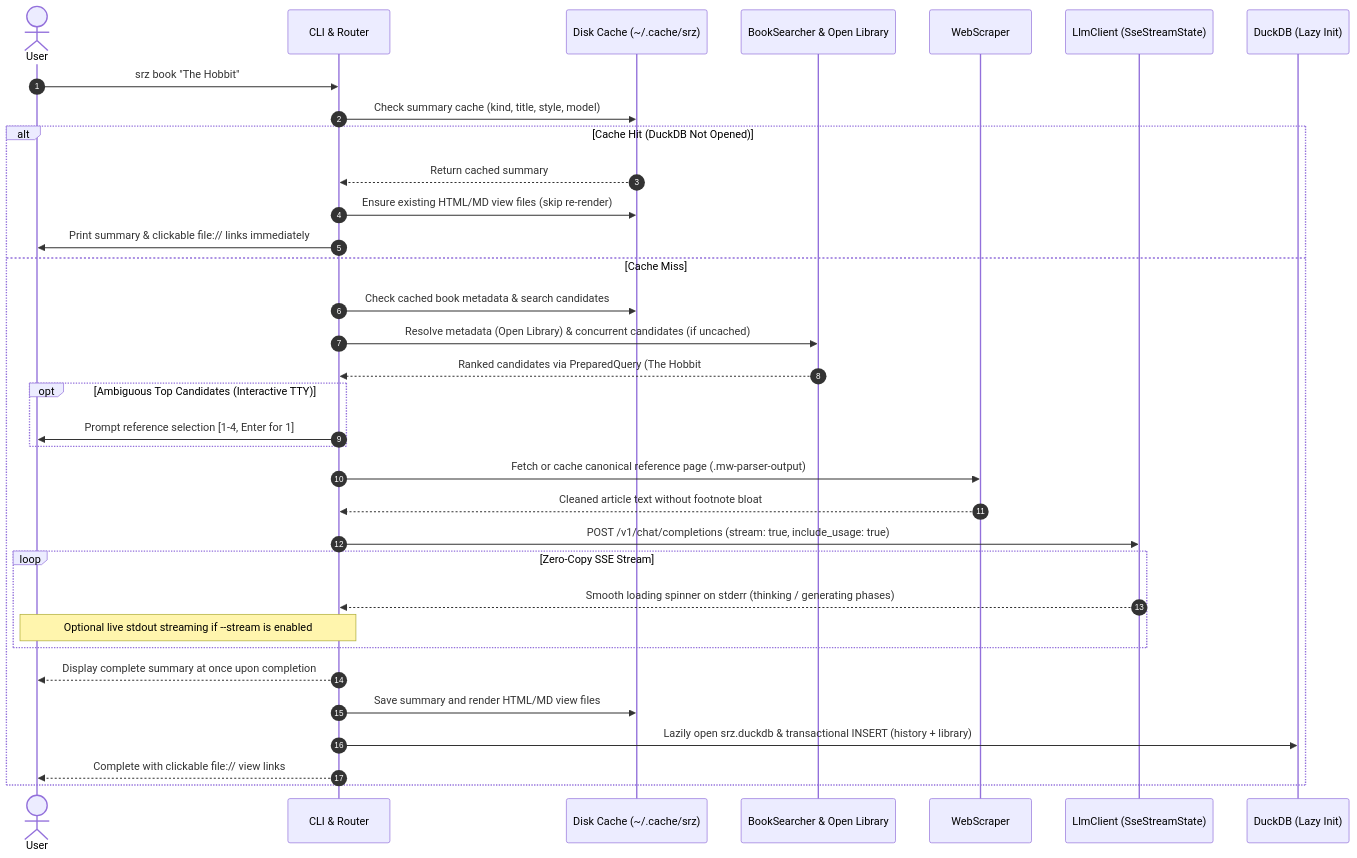
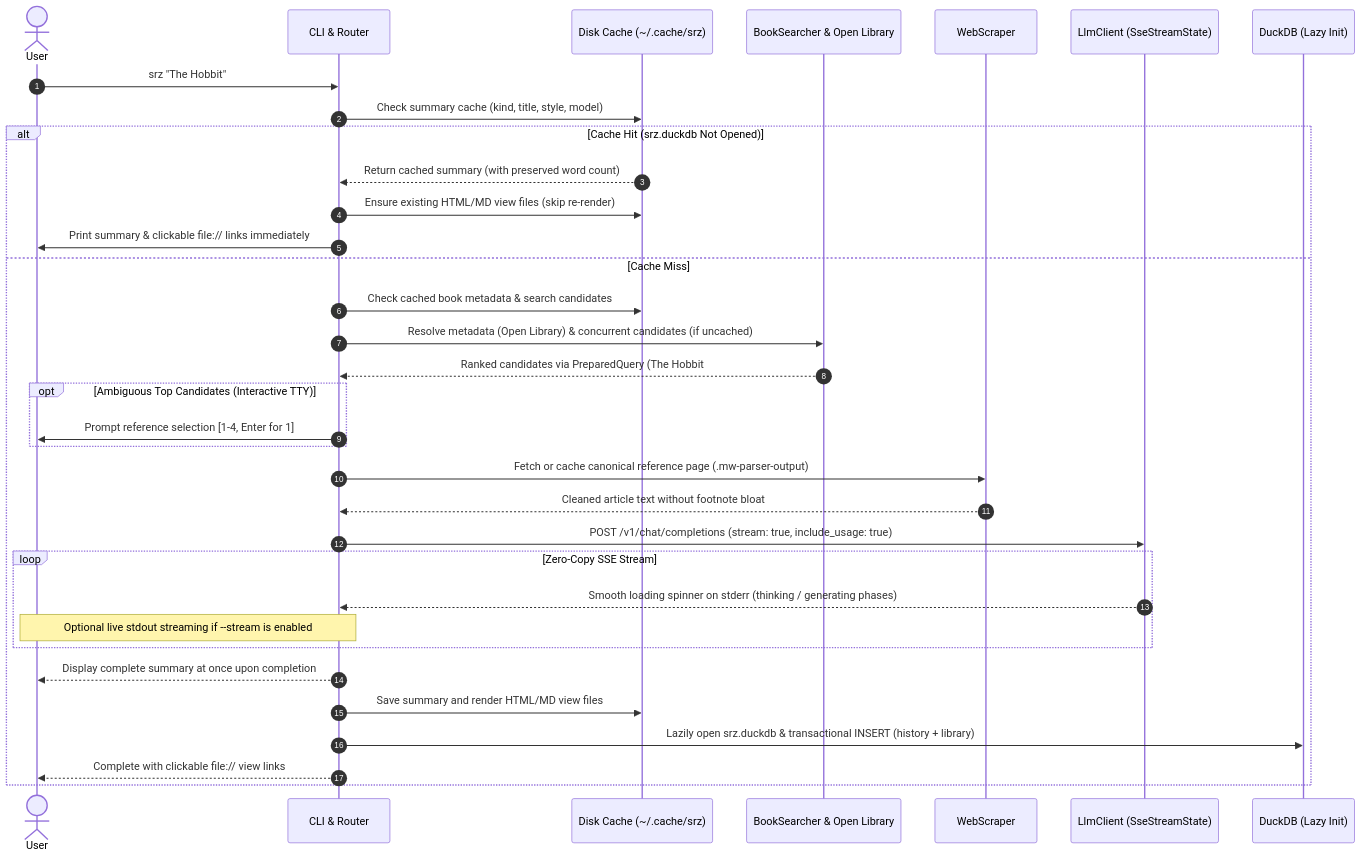
One commit to NewGuy012/srz changed the second of 3 diagrams in docs/OVERVIEW.md. Above: the diagram before and after it, drawn with Mermaid. The commit also changed other lines of this file and 1 other file, not shown here.

Commit message:
docs: update README and OVERVIEW for architectural and CLI improvements

````diff
--- a/docs/OVERVIEW.md
+++ b/docs/OVERVIEW.md
@@ -108,37 +110,37 @@
 ```mermaid
 sequenceDiagram
     autonumber
     actor User
     participant CLI as CLI & Router
     participant Cache as Disk Cache (~/.cache/srz)
     participant Search as BookSearcher & Open Library
     participant Scraper as WebScraper
     participant LLM as LlmClient (SseStreamState)
     participant DB as DuckDB (Lazy Init)
 
-    User->>CLI: srz book "The Hobbit"
+    User->>CLI: srz "The Hobbit"
     CLI->>Cache: Check summary cache (kind, title, style, model)
-    alt Cache Hit (DuckDB Not Opened)
-        Cache-->>CLI: Return cached summary
+    alt Cache Hit (srz.duckdb Not Opened)
+        Cache-->>CLI: Return cached summary (with preserved word count)
         CLI->>Cache: Ensure existing HTML/MD view files (skip re-render)
         CLI->>User: Print summary & clickable file:// links immediately
     else Cache Miss
         CLI->>Cache: Check cached book metadata & search candidates
         CLI->>Search: Resolve metadata (Open Library) & concurrent candidates (if uncached)
         Search-->>CLI: Ranked candidates via PreparedQuery (The Hobbit #1, Score: 115)
         opt Ambiguous Top Candidates (Interactive TTY)
             CLI->>User: Prompt reference selection [1-4, Enter for 1]
         end
         CLI->>Scraper: Fetch or cache canonical reference page (.mw-parser-output)
         Scraper-->>CLI: Cleaned article text without footnote bloat
         CLI->>LLM: POST /v1/chat/completions (stream: true, include_usage: true)
         loop Zero-Copy SSE Stream
             LLM-->>CLI: Smooth loading spinner on stderr (thinking / generating phases)
             Note over CLI,User: Optional live stdout streaming if --stream is enabled
         end
         CLI-->>User: Display complete summary at once upon completion
         CLI->>Cache: Save summary and render HTML/MD view files
         CLI->>DB: Lazily open srz.duckdb & transactional INSERT (history + library)
         CLI-->>User: Complete with clickable file:// view links
     end
 ```
````
